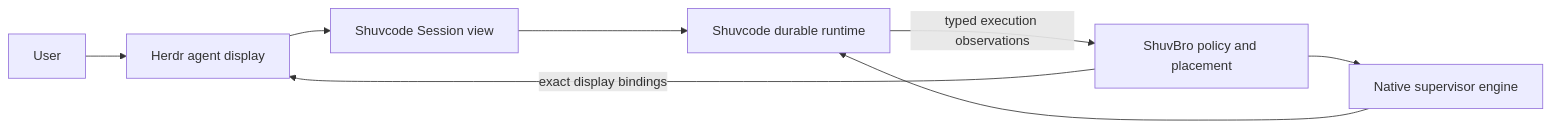
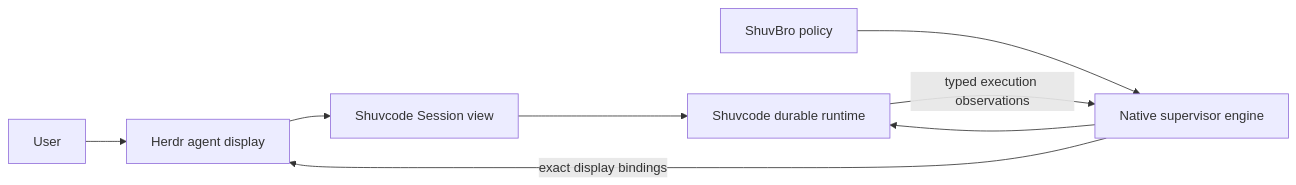
One commit to shuv1337/shuvcode changed the diagram in docs/experimental/native-supervisor-herdr.md. Above: the diagram before and after it, drawn with Mermaid. The commit also changed other lines of this file and 15 other files, not shown here.

````diff
--- a/docs/experimental/native-supervisor-herdr.md
+++ b/docs/experimental/native-supervisor-herdr.md
@@ -15,10 +15,10 @@
 ```mermaid
 flowchart LR
   User --> Herdr[Herdr agent display]
   Herdr --> TUI[Shuvcode Session view]
   TUI --> Runtime[Shuvcode durable runtime]
-  ShuvBro[ShuvBro policy and placement] --> Supervisor[Native supervisor engine]
+  ShuvBro[ShuvBro policy] --> Supervisor[Native supervisor engine]
   Supervisor --> Runtime
-  ShuvBro -->|exact display bindings| Herdr
-  Runtime -->|typed execution observations| ShuvBro
+  Supervisor -->|exact display bindings| Herdr
+  Runtime -->|typed execution observations| Supervisor
 ```
````
